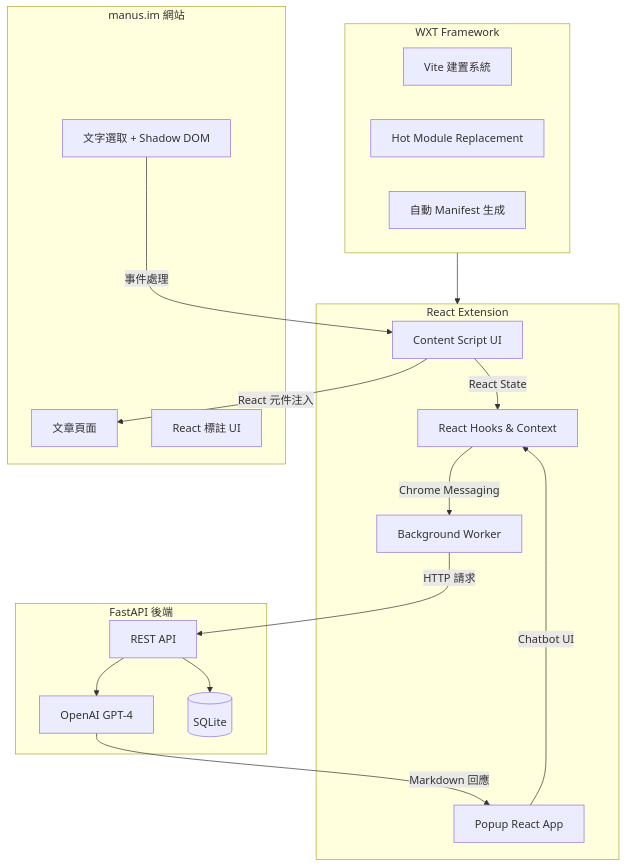
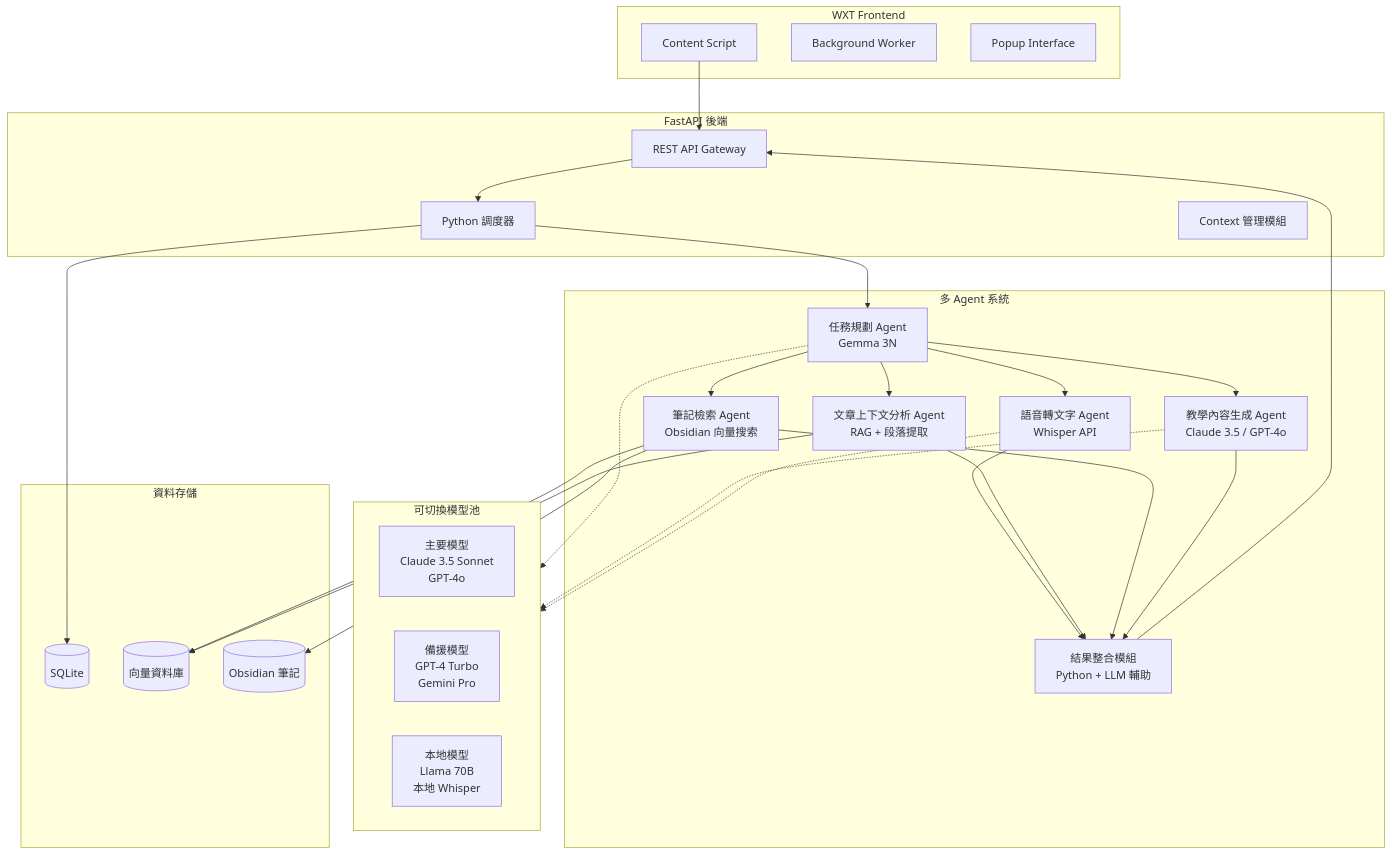
One commit to sheep52031/nodepilot.ai changed the first of 3 diagrams in spec_docs/design.md. Above: the diagram before and after it, drawn with Mermaid. The commit also changed other lines of this file and 13 other files, not shown here.

First line of the commit message:
feat: 更新 NodePilot V6 多 Agent LLM 架構規格

````diff
--- a/spec_docs/design.md
+++ b/spec_docs/design.md
@@ -11,42 +11,65 @@
 ```mermaid
 graph TD
-  %% WXT Framework
-  subgraph WXT[WXT Framework]
-    VITE[Vite 建置系統]
-    HMR[Hot Module Replacement]
-    MANIFEST[自動 Manifest 生成]
+  %% WXT Frontend
+  subgraph Frontend[WXT Frontend]
+    CS[Content Script]
+    BG[Background Worker] 
+    POP[Popup Interface]
   end
 
-  %% React Extension Components
-  subgraph Extension[React Extension]
-    CS[Content Script UI]
-    BG[Background Worker] 
-    POP[Popup React App]
-    HOOKS[React Hooks & Context]
+  %% FastAPI Backend
+  subgraph Backend[FastAPI 後端]
+    API[REST API Gateway]
+    SCHEDULER[Python 調度器]
+    CONTEXT[Context 管理模組]
   end
 
-  %% 頁面互動
-  subgraph Website[manus.im 網站]
-    PAGE[文章頁面]
-    SELECT[文字選取 + Shadow DOM]
-    HIGHLIGHT[React 標註 UI]
+  %% Multi-Agent System
+  subgraph MultiAgent[多 Agent 系統]
+    PLANNER[任務規劃 Agent<br/>Gemma 3N]
+    ASR[語音轉文字 Agent<br/>Whisper API]
+    CONTEXT_AGENT[文章上下文分析 Agent<br/>RAG + 段落提取]
+    NOTES[筆記檢索 Agent<br/>Obsidian 向量搜索]
+    TEACHER[教學內容生成 Agent<br/>Claude 3.5 / GPT-4o]
+    INTEGRATOR[結果整合模組<br/>Python + LLM 輔助]
   end
 
-  %% 後端服務
-  subgraph Backend[FastAPI 後端]
-    API[REST API]
-    OPENAI[OpenAI GPT-4]
-    DB[(SQLite)]
+  %% Model Pool with Fallback
+  subgraph ModelPool[可切換模型池]
+    PRIMARY[主要模型<br/>Claude 3.5 Sonnet<br/>GPT-4o]
+    FALLBACK[備援模型<br/>GPT-4 Turbo<br/>Gemini Pro]
+    LOCAL[本地模型<br/>Llama 70B<br/>本地 Whisper]
   end
 
-  WXT --> Extension
-  CS -- React 元件注入 --> PAGE
-  SELECT -- 事件處理 --> CS
-  CS -- React State --> HOOKS
-  HOOKS -- Chrome Messaging --> BG
-  BG -- HTTP 請求 --> API
-  API --> OPENAI
-  OPENAI -- Markdown 回應 --> POP
-  POP -- Chatbot UI --> HOOKS
-  API --> DB
+  %% Data Storage
+  subgraph Storage[資料存儲]
+    DB[(SQLite)]
+    VECTOR[(向量資料庫)]
+    OBSIDIAN[(Obsidian 筆記)]
+  end
+
+  %% Flow
+  CS --> API
+  API --> SCHEDULER
+  SCHEDULER --> PLANNER
+  PLANNER --> ASR
+  PLANNER --> CONTEXT_AGENT
+  PLANNER --> NOTES
+  PLANNER --> TEACHER
+  ASR --> INTEGRATOR
+  CONTEXT_AGENT --> INTEGRATOR
+  NOTES --> INTEGRATOR
+  TEACHER --> INTEGRATOR
+  INTEGRATOR --> API
+  
+  %% Model connections
+  PLANNER -.-> ModelPool
+  TEACHER -.-> ModelPool
+  ASR -.-> ModelPool
+  
+  %% Storage connections
+  SCHEDULER --> DB
+  NOTES --> VECTOR
+  NOTES --> OBSIDIAN
+  CONTEXT_AGENT --> VECTOR
 ```
````
